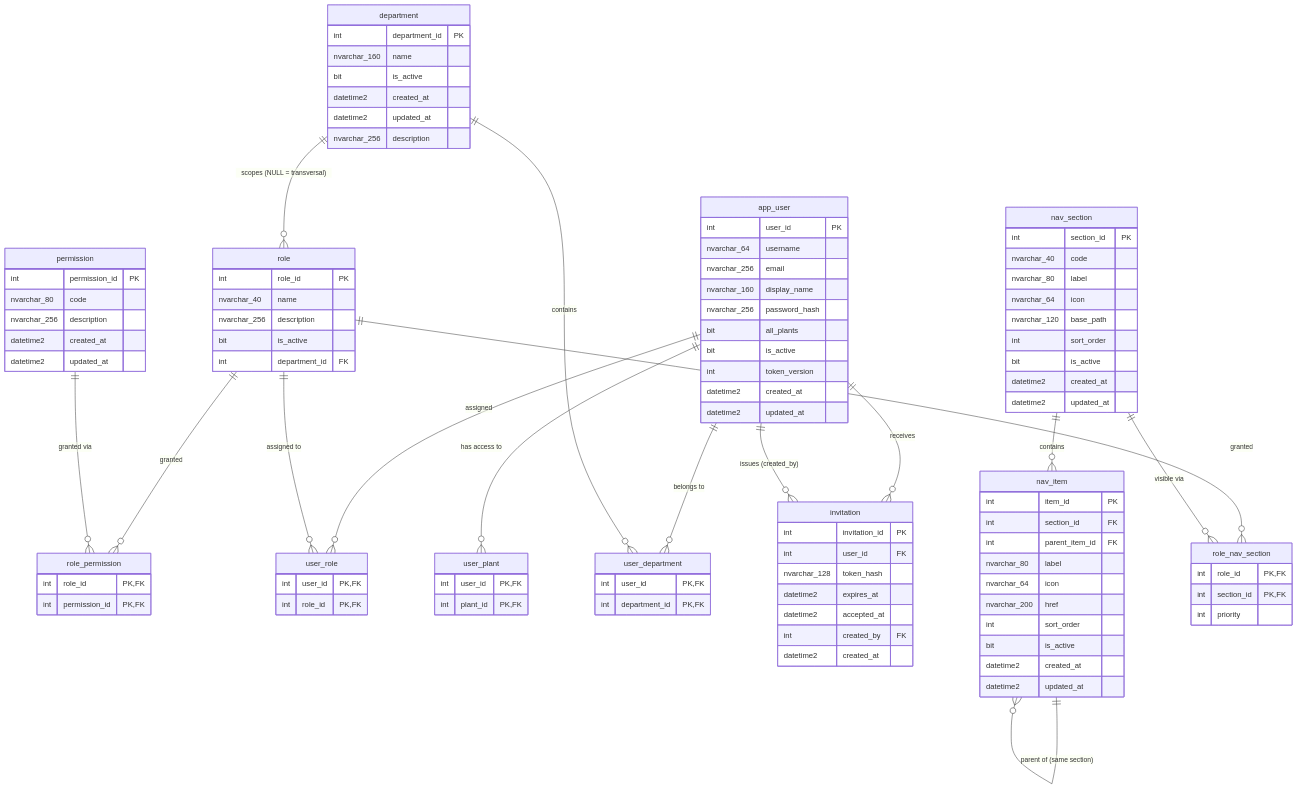
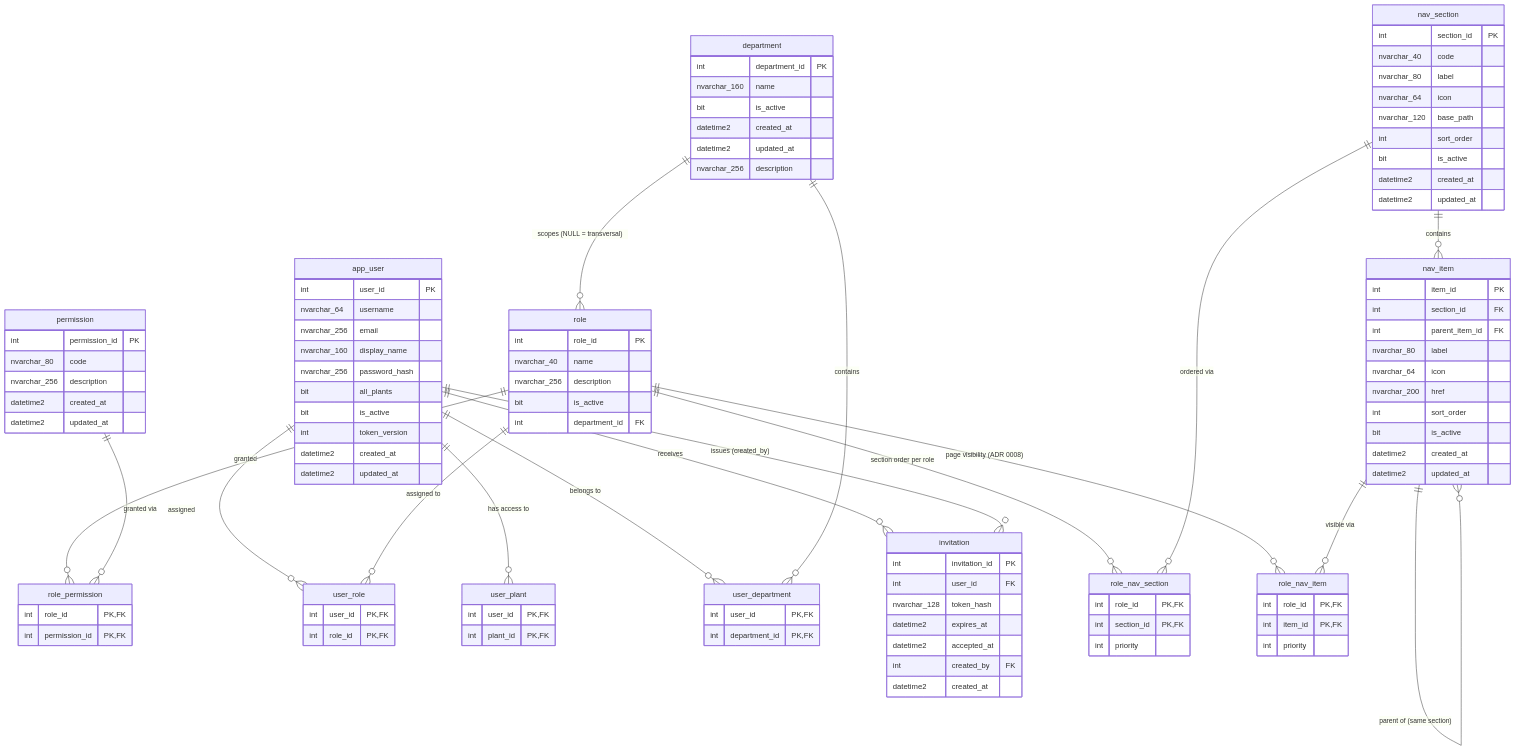
The diagram in docs/database/erd/auth.md (AndresDRamos/EBI-WEB), drawn with Mermaid before and after one commit. The commit also changed other lines of this file and 23 other files, not shown here.

```diff
--- a/docs/database/erd/auth.md
+++ b/docs/database/erd/auth.md
@@ -110,6 +112,12 @@
         int priority
     }
 
+    role_nav_item {
+        int role_id PK,FK
+        int item_id PK,FK
+        int priority
+    }
+
     %% ── relaciones ──────────────────────────────────────────────────────────
 
     app_user ||--o{ user_role : "assigned"
@@ -127,8 +135,11 @@
     nav_section ||--o{ nav_item : "contains"
     nav_item    ||--o{ nav_item : "parent of (same section)"
 
-    role        ||--o{ role_nav_section : "granted"
-    nav_section ||--o{ role_nav_section : "visible via"
+    role        ||--o{ role_nav_section : "section order per role"
+    nav_section ||--o{ role_nav_section : "ordered via"
+
+    role     ||--o{ role_nav_item : "page visibility (ADR 0008)"
+    nav_item ||--o{ role_nav_item : "visible via"
 
     department ||--o{ role : "scopes (NULL = transversal)"
     role       ||--o{ role_permission : "granted"
```
